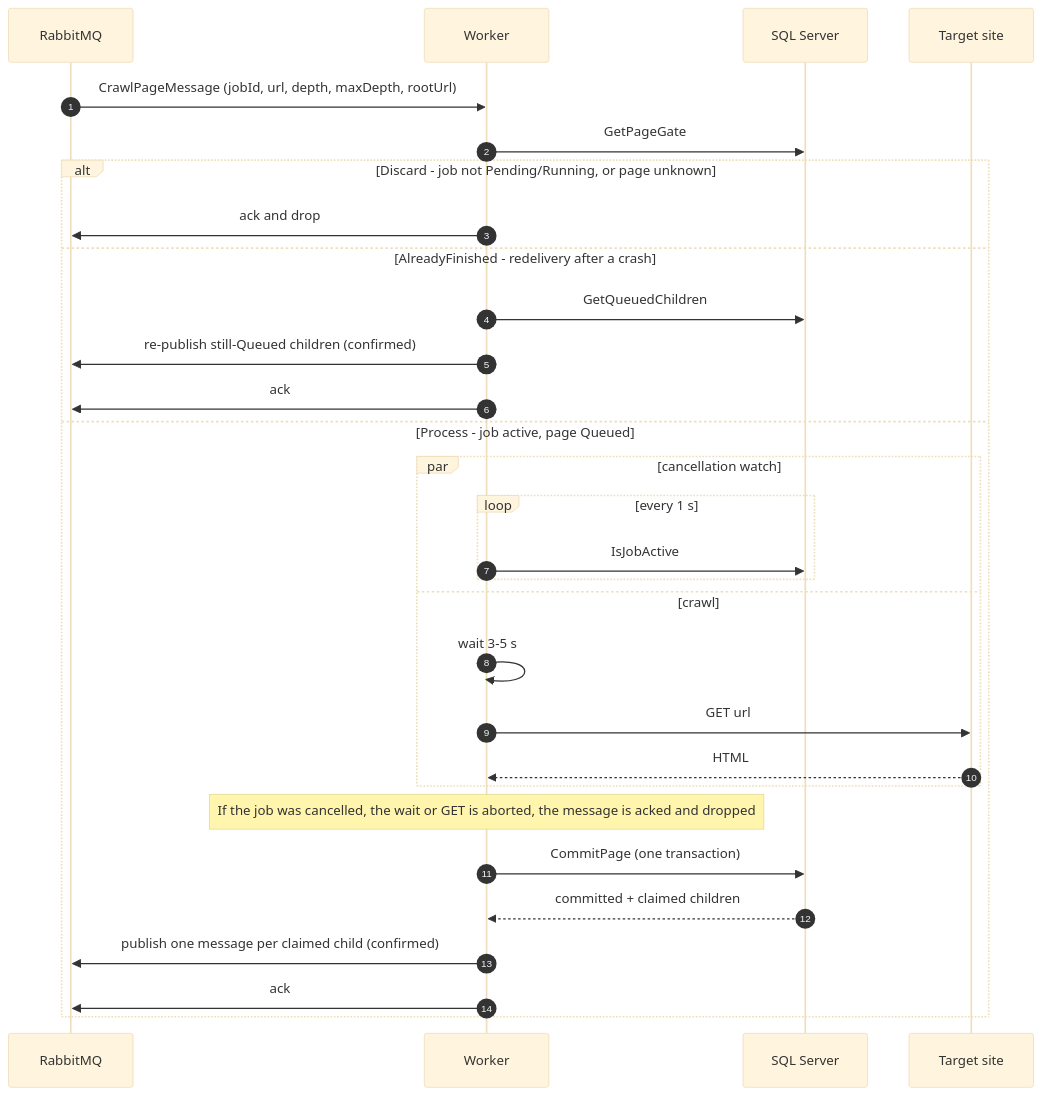
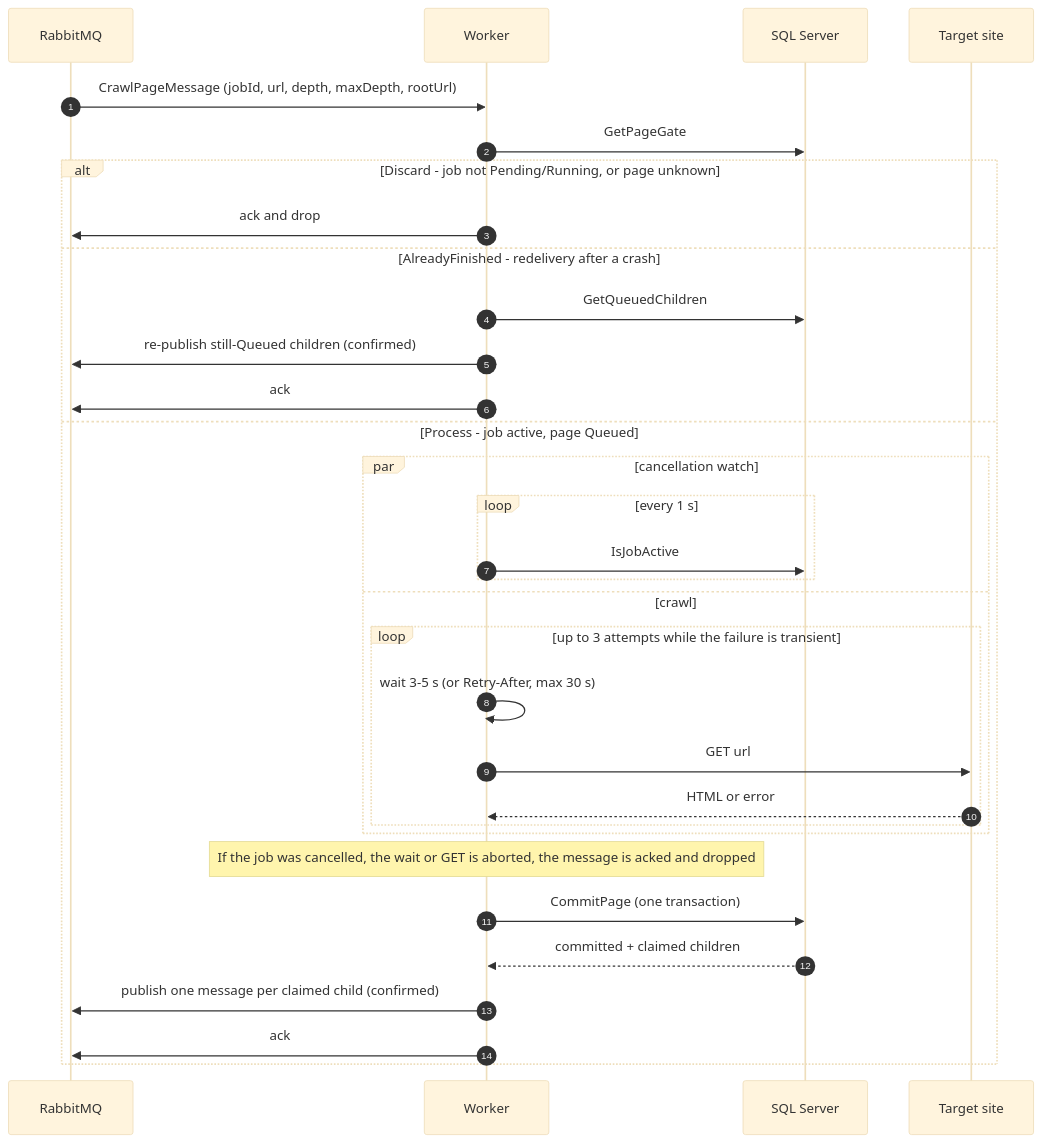
The second of 5 diagrams in dev_content/architecture_notes.md (Darkanath/ha-alteva-web-crawl), drawn with Mermaid (base theme) before and after one commit. The commit also changed other lines of this file and 13 other files, not shown here.

First line of the commit message:
feat: retry transient HTTP failures and add worker health endpoint

````diff
--- a/dev_content/architecture_notes.md
+++ b/dev_content/architecture_notes.md
@@ -77,33 +77,35 @@
 ```mermaid
 sequenceDiagram
     autonumber
     participant Q as RabbitMQ
     participant W as Worker
     participant DB as SQL Server
     participant S as Target site
 
     Q->>W: CrawlPageMessage (jobId, url, depth, maxDepth, rootUrl)
     W->>DB: GetPageGate
     alt Discard - job not Pending/Running, or page unknown
         W->>Q: ack and drop
     else AlreadyFinished - redelivery after a crash
         W->>DB: GetQueuedChildren
         W->>Q: re-publish still-Queued children (confirmed)
         W->>Q: ack
     else Process - job active, page Queued
         par cancellation watch
             loop every 1 s
                 W->>DB: IsJobActive
             end
         and crawl
-            W->>W: wait 3-5 s
-            W->>S: GET url
-            S-->>W: HTML
+            loop up to 3 attempts while the failure is transient
+                W->>W: wait 3-5 s (or Retry-After, max 30 s)
+                W->>S: GET url
+                S-->>W: HTML or error
+            end
         end
         Note over W: If the job was cancelled, the wait or GET is aborted, the message is acked and dropped
         W->>DB: CommitPage (one transaction)
         DB-->>W: committed + claimed children
         W->>Q: publish one message per claimed child (confirmed)
         W->>Q: ack
     end
 ```
````
